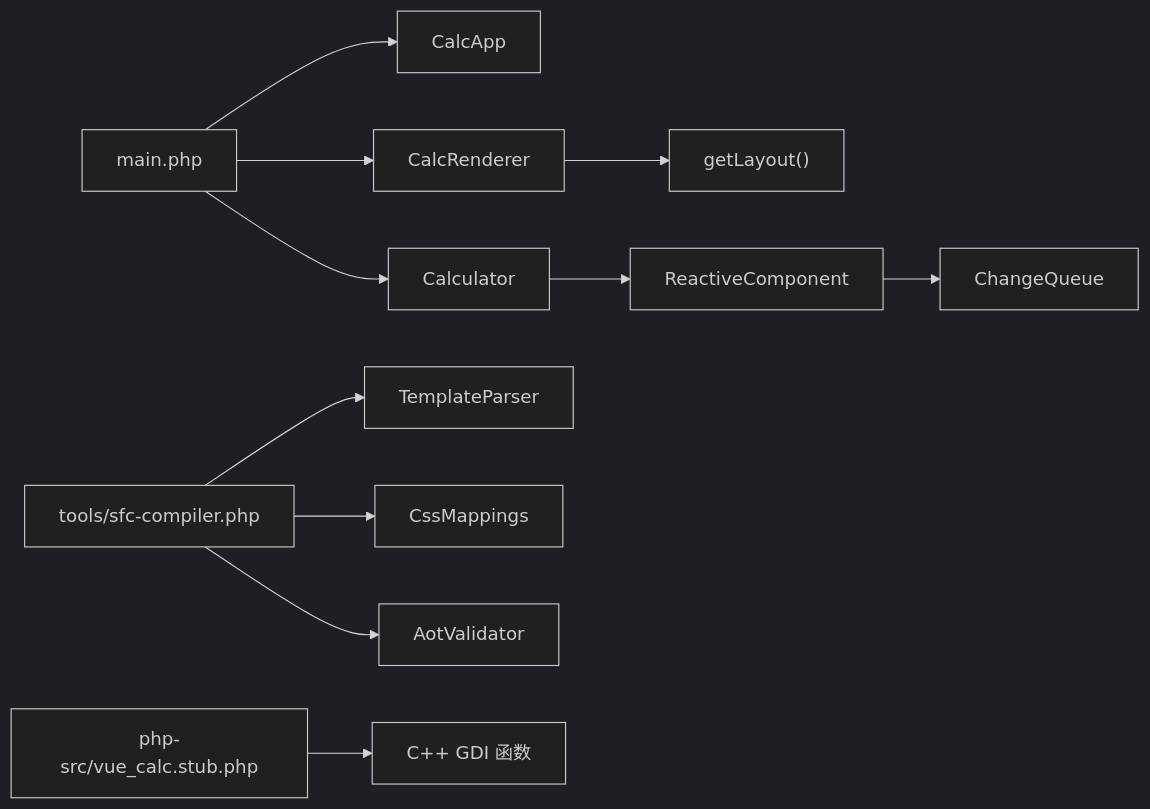
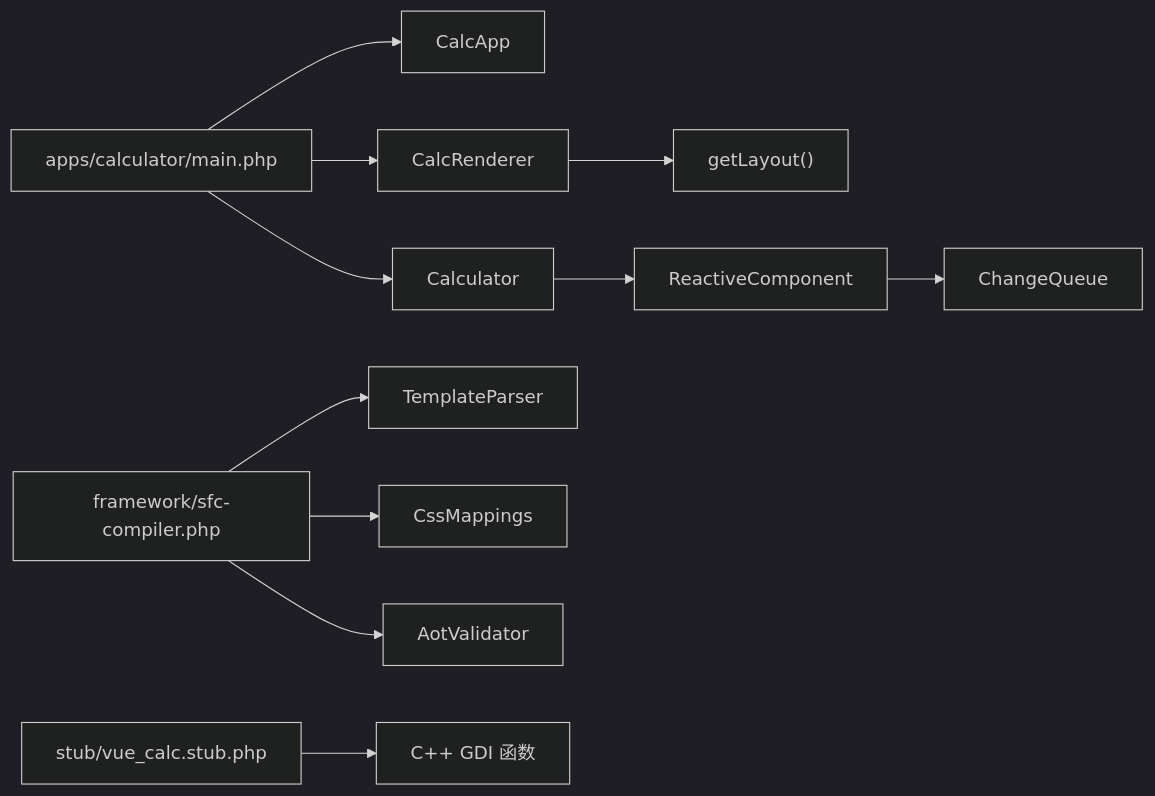
The fifth of 5 diagrams in .qoder/repowiki/zh/content/故障排除和常见问题.md (xingye00186/PHP-Data-UI-Framework-powered-by-swooleAOT), drawn with Mermaid (dark theme) before and after one commit. The commit also changed other lines of this file and 3 other files, not shown here.

````diff
--- a/.qoder/repowiki/zh/content/故障排除和常见问题.md
+++ b/.qoder/repowiki/zh/content/故障排除和常见问题.md
@@ -222,13 +235,13 @@
 ```mermaid
 graph LR
-Main["main.php"] --> App["CalcApp"]
+Main["apps/calculator/main.php"] --> App["CalcApp"]
 Main --> Renderer["CalcRenderer"]
 Main --> Calc["Calculator"]
 Renderer --> Layout["getLayout()"]
 Calc --> Base["ReactiveComponent"]
 Base --> Queue["ChangeQueue"]
-SFC["tools/sfc-compiler.php"] --> Parser["TemplateParser"]
+SFC["framework/sfc-compiler.php"] --> Parser["TemplateParser"]
 SFC --> CSS["CssMappings"]
 SFC --> Val["AotValidator"]
-Stub["php-src/vue_calc.stub.php"] --> GDI["C++ GDI 函数"]
+Stub["stub/vue_calc.stub.php"] --> GDI["C++ GDI 函数"]
 ```
````
